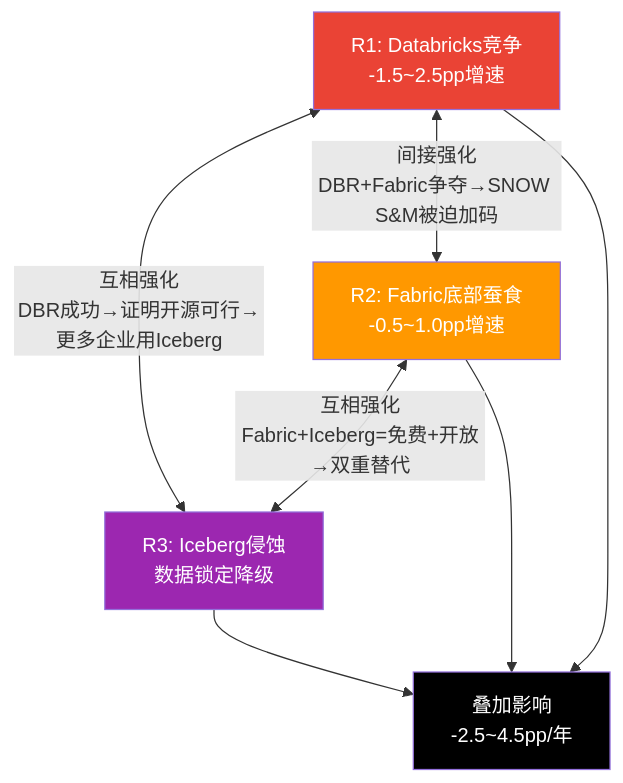
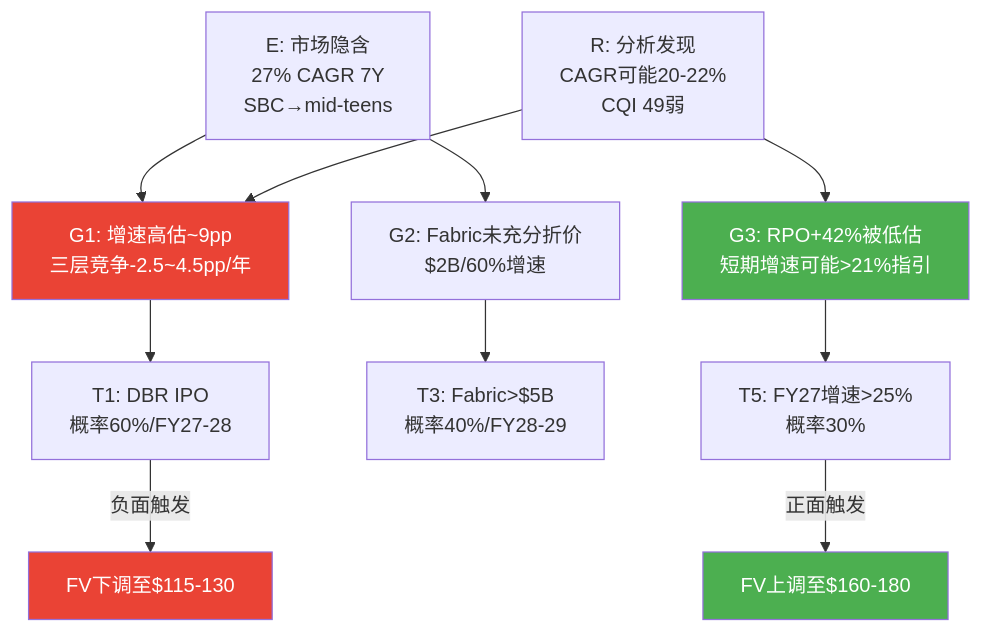
Diagram 22 of 24 in reports/SNOW/SNOW_Complete_v1.0.md (miltonnewyork25-afk/investment-master), drawn with Mermaid before and after one commit. The commit also changed other lines of this file, not shown here.

First line of the commit message:
wip(SNOW): Phase 5 v0.7 — 89K字符, Ch8/Ch9/Ch14/Ch15深度恢复

````diff
--- a/reports/SNOW/SNOW_Complete_v1.0.md
+++ b/reports/SNOW/SNOW_Complete_v1.0.md
@@ -1767,15 +2187,20 @@
 ```mermaid
 graph TD
-    R1["R1: Databricks竞争<br>-1.5~2.5pp增速"] <-->|"互相强化<br>DBR成功→证明开源可行→更多企业用Iceberg"| R3["R3: Iceberg侵蚀<br>数据锁定降级"]
-    R2["R2: Fabric底部蚕食<br>-0.5~1.0pp增速"] <-->|"互相强化<br>Fabric+Iceberg=免费+开放→双重替代"| R3
-    R1 <-->|"间接强化<br>DBR+Fabric争夺→SNOW S&M被迫加码"| R2
+    E["E: 市场隐含<br>27% CAGR 7Y<br>SBC→mid-teens"] --> G1["G1: 增速高估~9pp<br>三层竞争-2.5~4.5pp/年"]
+    E --> G2["G2: Fabric未充分折价<br>$2B/60%增速"]
 
-    R1 --> IMPACT["叠加影响<br>-2.5~4.5pp/年"]
-    R2 --> IMPACT
-    R3 --> IMPACT
+    R["R: 分析发现<br>CAGR可能20-22%<br>CQI 49弱"] --> G1
+    R --> G3["G3: RPO+42%被低估<br>短期增速可能>21%指引"]
 
-    style R1 fill:#ea4335,color:white
-    style R2 fill:#ff9800,color:white
-    style R3 fill:#9c27b0,color:white
-    style IMPACT fill:#000,color:white
+    G1 --> T1["T1: DBR IPO<br>概率60%/FY27-28"]
+    G2 --> T3["T3: Fabric>$5B<br>概率40%/FY28-29"]
+    G3 --> T5["T5: FY27增速>25%<br>概率30%"]
+
+    T1 -->|"负面触发"| FV_down["FV下调至$115-130"]
+    T5 -->|"正面触发"| FV_up["FV上调至$160-180"]
+
+    style G1 fill:#ea4335,color:white
+    style G3 fill:#4caf50,color:white
+    style FV_down fill:#ea4335,color:white
+    style FV_up fill:#4caf50,color:white
 ```
````
